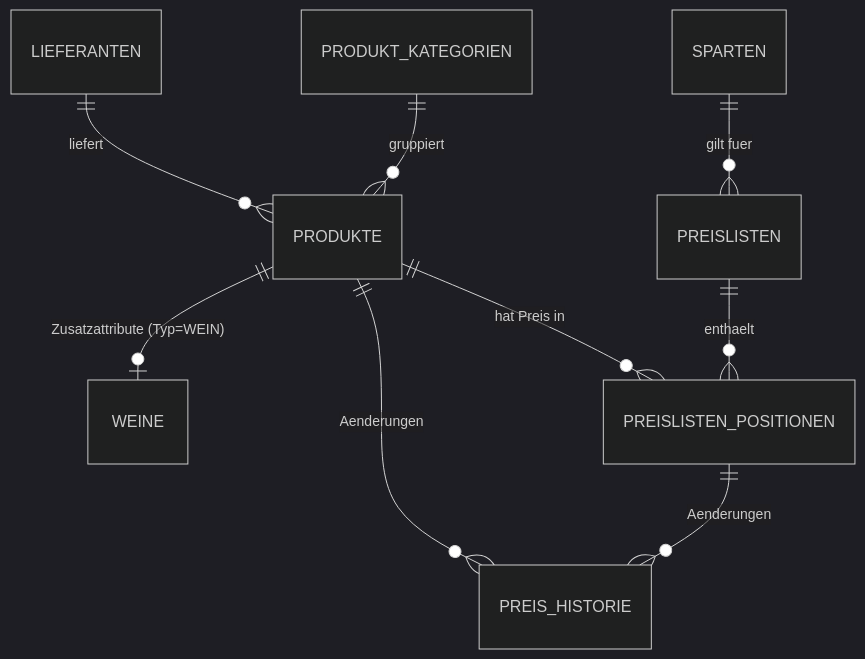
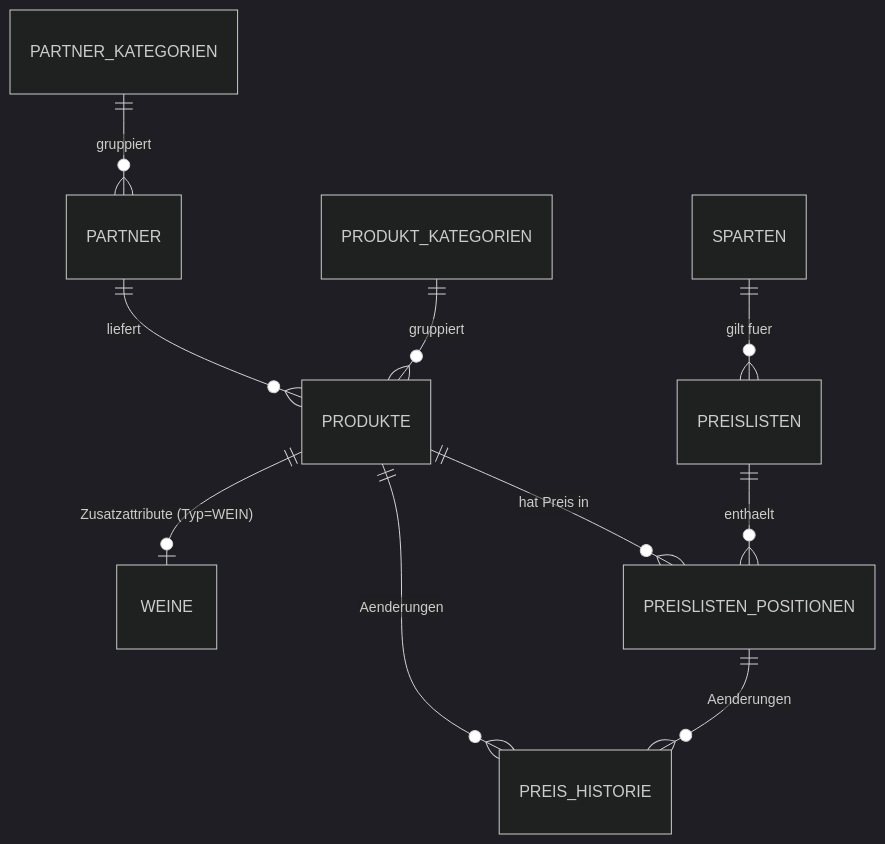
The second of 2 diagrams in hoberg-gastro/KONZEPT.md (rolfbischof/Claude), drawn with Mermaid (dark theme) before and after one commit. The commit also changed other lines of this file and 1 other file, not shown here.

First line of the commit message:
Validate concept against real Hoberg supplier list, merge to core.partner

````diff
--- a/hoberg-gastro/KONZEPT.md
+++ b/hoberg-gastro/KONZEPT.md
@@ -203,11 +248,12 @@
 ```mermaid
 erDiagram
     SPARTEN ||--o{ PREISLISTEN : "gilt fuer"
-    LIEFERANTEN ||--o{ PRODUKTE : liefert
+    PARTNER_KATEGORIEN ||--o{ PARTNER : gruppiert
+    PARTNER ||--o{ PRODUKTE : liefert
     PRODUKT_KATEGORIEN ||--o{ PRODUKTE : gruppiert
     PRODUKTE ||--o| WEINE : "Zusatzattribute (Typ=WEIN)"
     PRODUKTE ||--o{ PREISLISTEN_POSITIONEN : "hat Preis in"
     PREISLISTEN ||--o{ PREISLISTEN_POSITIONEN : enthaelt
     PRODUKTE ||--o{ PREIS_HISTORIE : "Aenderungen"
     PREISLISTEN_POSITIONEN ||--o{ PREIS_HISTORIE : "Aenderungen"
 ```
````
